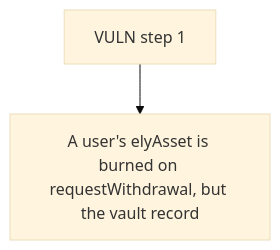
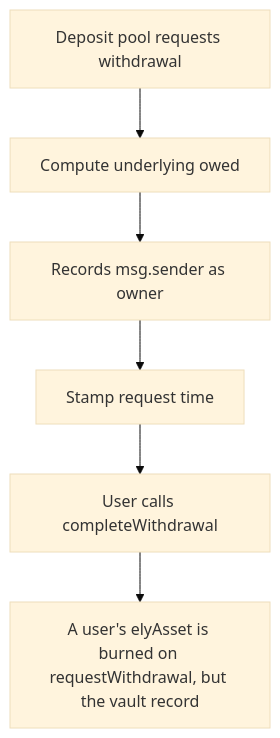
The diagram in 63542-c-02-withdrawal-requests-through-deposit-pool-lost-permanent_exp/63542-c-02-withdrawal-requests-through-deposit-pool-lost-permanent_exp.md (sanbir/evm-hack-registry), drawn with Mermaid (base theme) before and after one commit. The commit also changed other lines of this file and 79 other files, not shown here.

````diff
--- a/63542-c-02-withdrawal-requests-through-deposit-pool-lost-permanent_exp/63542-c-02-withdrawal-requests-through-deposit-pool-lost-permanent_exp.md
+++ b/63542-c-02-withdrawal-requests-through-deposit-pool-lost-permanent_exp/63542-c-02-withdrawal-requests-through-deposit-pool-lost-permanent_exp.md
@@ -28,6 +28,14 @@
 ```mermaid
 flowchart TD
-  S0["VULN step 1"]
+  S0["Deposit pool requests withdrawal"]
+  S1["Compute underlying owed"]
+  S2["Records msg.sender as owner"]
+  S3["Stamp request time"]
+  S4["User calls completeWithdrawal"]
   H["A user's elyAsset is burned on requestWithdrawal, but the vault record"]
-  S0 --> H
+  S0 --> S1
+  S1 --> S2
+  S2 --> S3
+  S3 --> S4
+  S4 --> H
 ```
````
